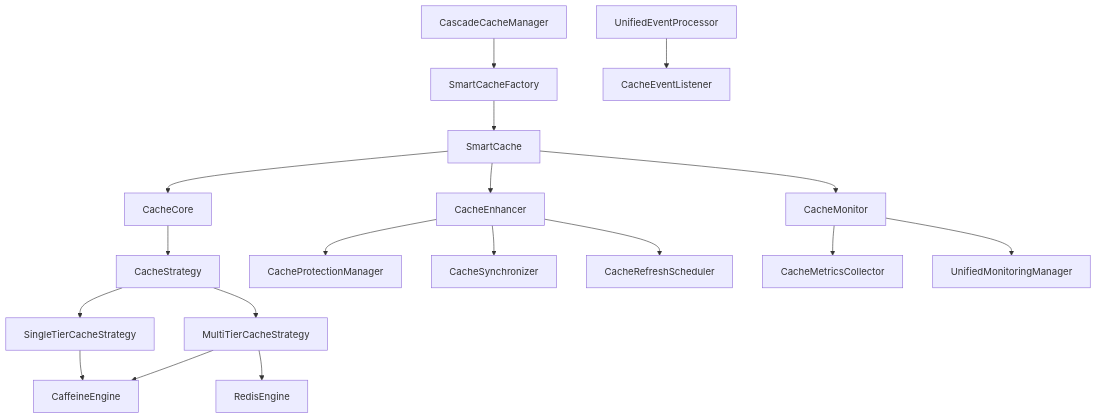
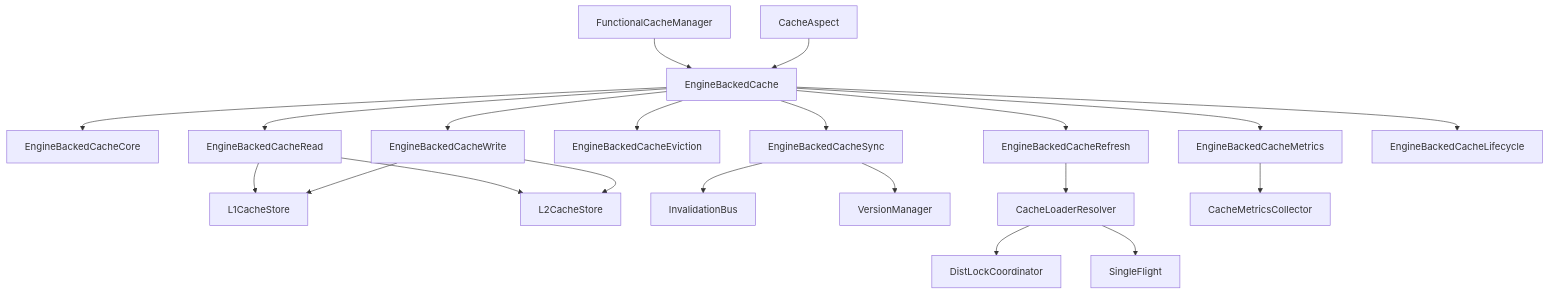
The diagram in docs/cache/ARCHITECTURE_AND_FUNCTIONAL_DESIGN.md (mahu-dev/cascade-framework), drawn with Mermaid before and after one commit. The commit also changed other lines of this file and 342 other files, not shown here.

````diff
--- a/docs/cache/ARCHITECTURE_AND_FUNCTIONAL_DESIGN.md
+++ b/docs/cache/ARCHITECTURE_AND_FUNCTIONAL_DESIGN.md
@@ -55,25 +69,28 @@
 ```mermaid
 graph TB
-    A[CascadeCacheManager] --> B[SmartCacheFactory]
-    B --> C[SmartCache]
-    C --> D[CacheCore]
-    C --> E[CacheEnhancer]
-    C --> F[CacheMonitor]
-    
-    D --> G[CacheStrategy]
-    G --> H[MultiTierCacheStrategy]
-    G --> I[SingleTierCacheStrategy]
-    
-    H --> J[CaffeineEngine]
-    H --> K[RedisEngine]
-    I --> J
-    
-    E --> L[CacheProtectionManager]
-    E --> M[CacheSynchronizer]
-    E --> N[CacheRefreshScheduler]
-    
-    F --> O[CacheMetricsCollector]
-    F --> P[UnifiedMonitoringManager]
-    
-    Q[UnifiedEventProcessor] --> R[CacheEventListener]
+    A[FunctionalCacheManager] --> B[EngineBackedCache]
+    C[CacheAspect] --> B
+
+    B --> D[EngineBackedCacheCore]
+    B --> E[EngineBackedCacheRead]
+    B --> F[EngineBackedCacheWrite]
+    B --> G[EngineBackedCacheEviction]
+    B --> H[EngineBackedCacheRefresh]
+    B --> I[EngineBackedCacheSync]
+    B --> J[EngineBackedCacheMetrics]
+    B --> K[EngineBackedCacheLifecycle]
+
+    E --> L[L1CacheStore]
+    E --> M[L2CacheStore]
+    F --> L
+    F --> M
+
+    I --> N[InvalidationBus]
+    I --> O[VersionManager]
+
+    H --> P[CacheLoaderResolver]
+    P --> Q[DistLockCoordinator]
+    P --> R[SingleFlight]
+
+    J --> S[CacheMetricsCollector]
 ```
````
